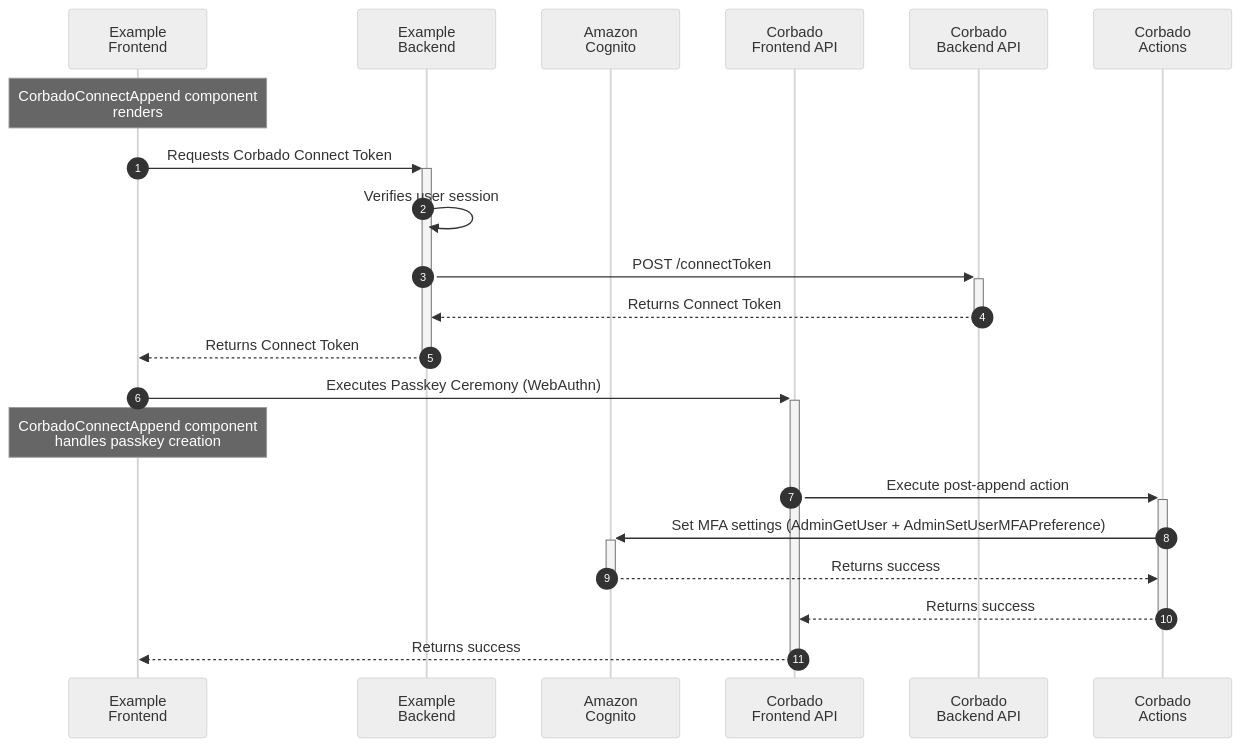
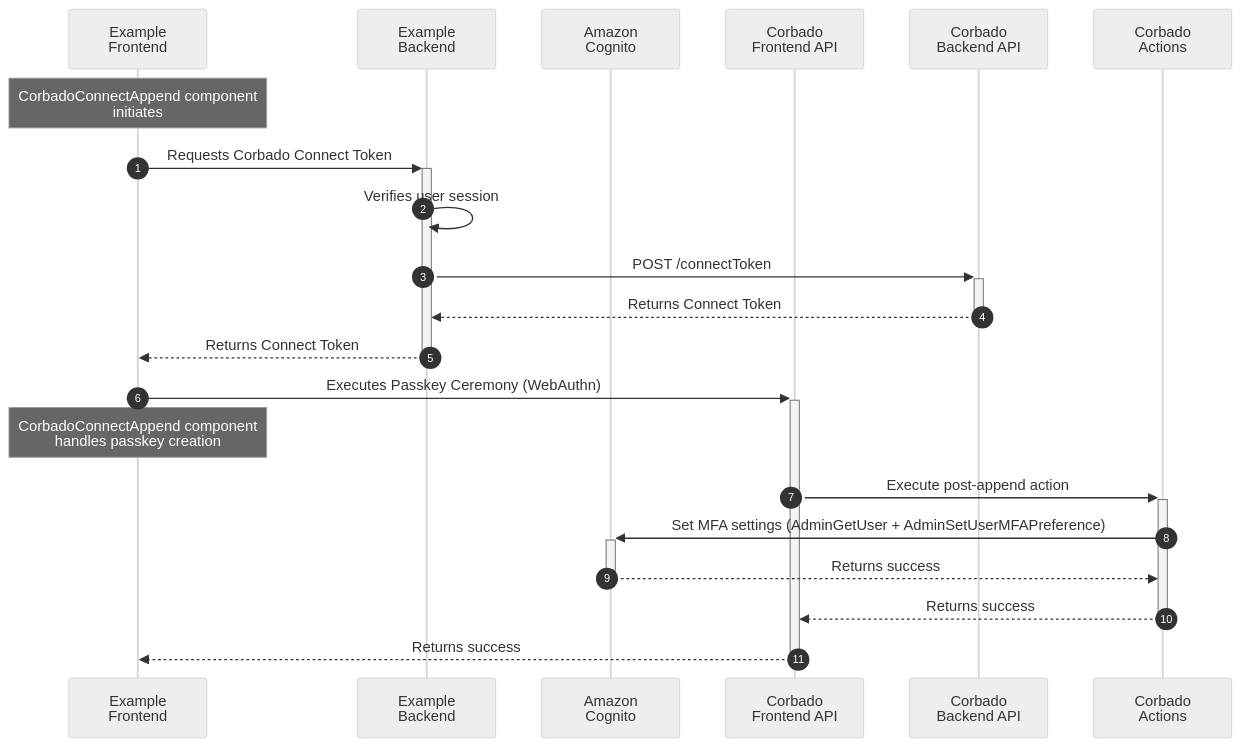
One commit to corbadotech/docs changed the first of 2 diagrams in corbado-connect/integration/cognito.mdx. Above: the diagram before and after it, drawn with Mermaid (neutral theme). The commit also changed other lines of this file and 1 other file, not shown here.

````diff
--- a/corbado-connect/integration/cognito.mdx
+++ b/corbado-connect/integration/cognito.mdx
@@ -50,25 +50,25 @@
 ```mermaid
 sequenceDiagram
     autonumber
     participant ExampleFrontend as Example<br />Frontend
     participant ExampleBackend as Example<br />Backend
     participant Cognito as Amazon<br />Cognito
     participant FAPI as Corbado<br />Frontend API
     participant BAPI as Corbado<br />Backend API
     participant Actions as Corbado<br />Actions
 
-    Note over ExampleFrontend: CorbadoConnectAppend component<br />renders
+    Note over ExampleFrontend: CorbadoConnectAppend component<br />initiates
     ExampleFrontend->>+ExampleBackend: Requests Corbado Connect Token
     ExampleBackend->>ExampleBackend: Verifies user session
     ExampleBackend->>+BAPI: POST /connectToken
     BAPI-->>-ExampleBackend: Returns Connect Token
     ExampleBackend-->>-ExampleFrontend: Returns Connect Token
 
     ExampleFrontend->>+FAPI: Executes Passkey Ceremony (WebAuthn)
     Note over ExampleFrontend: CorbadoConnectAppend component<br />handles passkey creation
     FAPI->>+Actions: Execute post-append action
     Actions->>+Cognito: Set MFA settings (AdminGetUser + AdminSetUserMFAPreference)
     Cognito-->>-Actions: Returns success
     Actions-->>-FAPI: Returns success
     FAPI-->>-ExampleFrontend: Returns success
 ```
````
